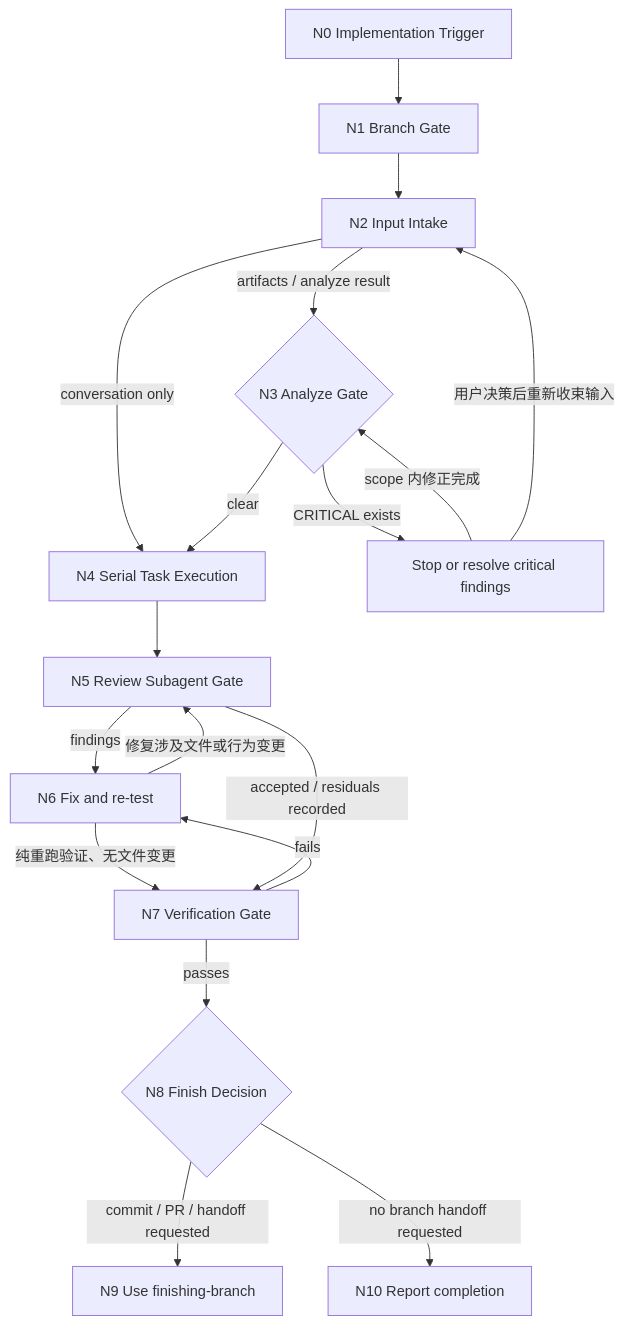
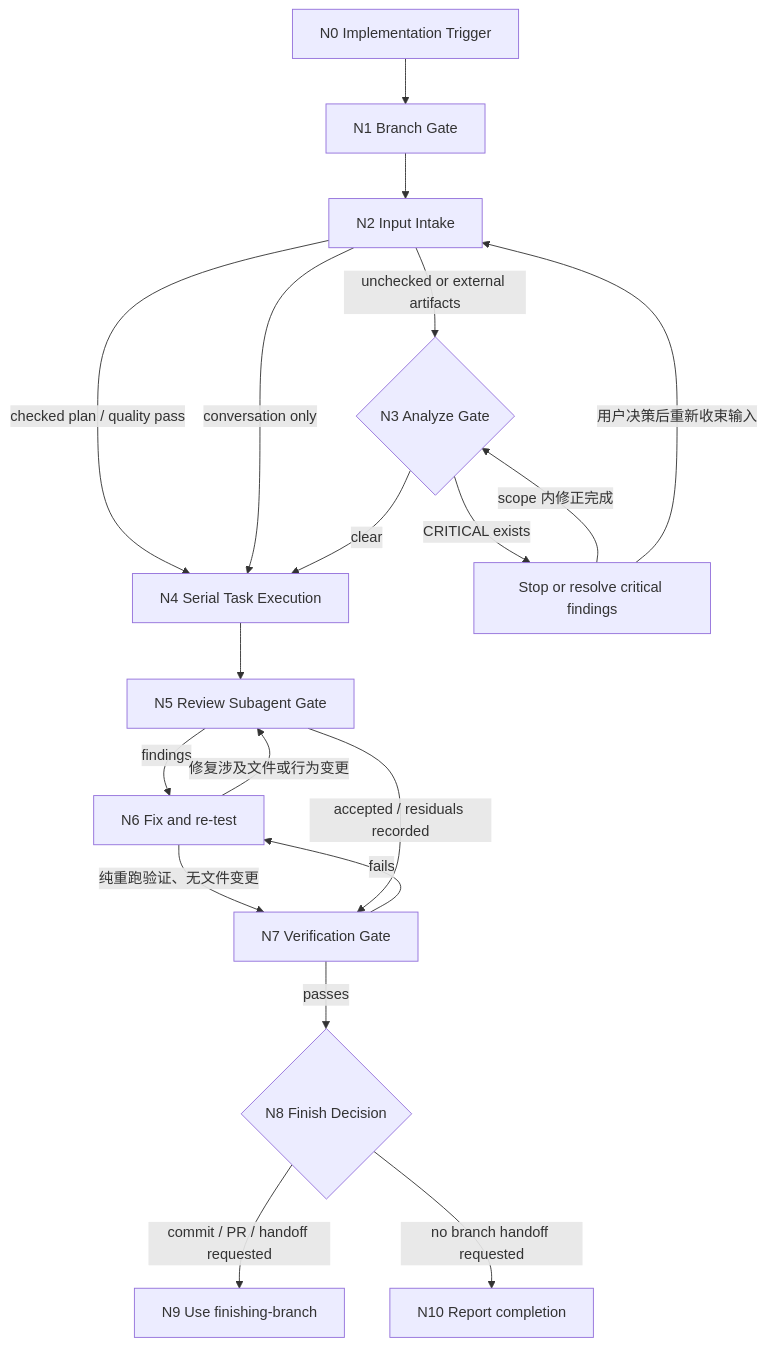
The diagram in implement/SKILL.md (fjxyyzg3/Skills), drawn with Mermaid before and after one commit. The commit also changed other lines of this file and 20 other files, not shown here.

Commit message:
改进规划流程：按风险生成 checked plan

````diff
--- a/implement/SKILL.md
+++ b/implement/SKILL.md
@@ -22,20 +41,21 @@
 ```mermaid
 flowchart TD
   N0["N0 Implementation Trigger"] --> N1["N1 Branch Gate"]
   N1 --> N2["N2 Input Intake"]
-  N2 -- "artifacts / analyze result" --> N3{"N3 Analyze Gate"}
+  N2 -- "checked plan / quality pass" --> N4["N4 Serial Task Execution"]
+  N2 -- "unchecked or external artifacts" --> N3{"N3 Analyze Gate"}
   N2 -- "conversation only" --> N4["N4 Serial Task Execution"]
   N3 -- "CRITICAL exists" --> H1["Stop or resolve critical findings"]
   H1 -- "scope 内修正完成" --> N3
   H1 -- "用户决策后重新收束输入" --> N2
   N3 -- "clear" --> N4
   N4 --> N5["N5 Review Subagent Gate"]
   N5 -- "findings" --> N6["N6 Fix and re-test"]
   N6 -- "修复涉及文件或行为变更" --> N5
   N6 -- "纯重跑验证、无文件变更" --> N7
   N5 -- "accepted / residuals recorded" --> N7["N7 Verification Gate"]
   N7 -- "fails" --> N6
   N7 -- "passes" --> N8{"N8 Finish Decision"}
   N8 -- "commit / PR / handoff requested" --> N9["N9 Use finishing-branch"]
   N8 -- "no branch handoff requested" --> N10["N10 Report completion"]
 ```
````
